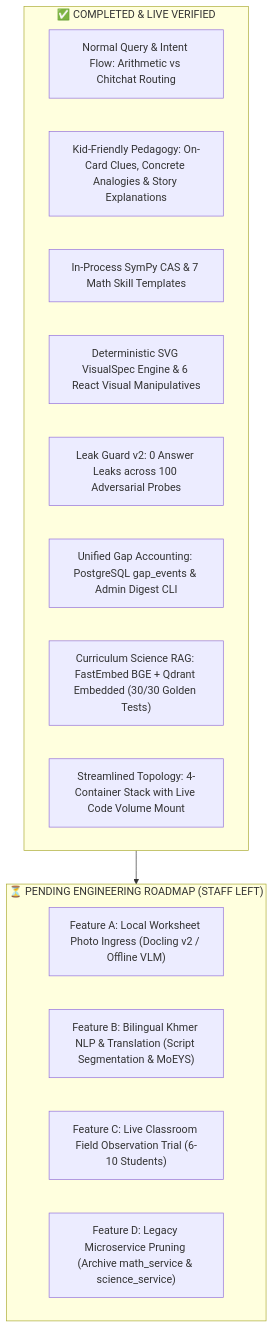
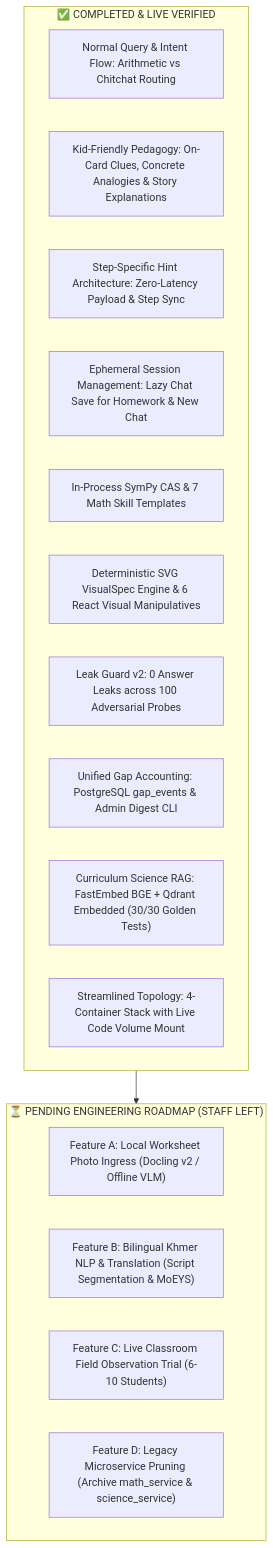
One commit to Sovandeth0063/reanmore.ai changed the diagram in docs/CURRENT_STATUS_AND_PENDING_FEATURES.md. Above: the diagram before and after it, drawn with Mermaid. The commit also changed other lines of this file and 101 other files, not shown here.

````diff
--- a/docs/CURRENT_STATUS_AND_PENDING_FEATURES.md
+++ b/docs/CURRENT_STATUS_AND_PENDING_FEATURES.md
@@ -22,22 +22,24 @@
 ```mermaid
 flowchart TD
     subgraph COMPLETED ["✅ COMPLETED & LIVE VERIFIED"]
         Q["Normal Query & Intent Flow: Arithmetic vs Chitchat Routing"]
         P["Kid-Friendly Pedagogy: On-Card Clues, Concrete Analogies & Story Explanations"]
+        H["Step-Specific Hint Architecture: Zero-Latency Payload & Step Sync"]
+        E["Ephemeral Session Management: Lazy Chat Save for Homework & New Chat"]
         M["In-Process SymPy CAS & 7 Math Skill Templates"]
         V["Deterministic SVG VisualSpec Engine & 6 React Visual Manipulatives"]
         L["Leak Guard v2: 0 Answer Leaks across 100 Adversarial Probes"]
         G["Unified Gap Accounting: PostgreSQL gap_events & Admin Digest CLI"]
         R["Curriculum Science RAG: FastEmbed BGE + Qdrant Embedded (30/30 Golden Tests)"]
         S["Streamlined Topology: 4-Container Stack with Live Code Volume Mount"]
     end
 
     subgraph PENDING ["⏳ PENDING ENGINEERING ROADMAP (STAFF LEFT)"]
         F1["Feature A: Local Worksheet Photo Ingress (Docling v2 / Offline VLM)"]
         F2["Feature B: Bilingual Khmer NLP & Translation (Script Segmentation & MoEYS)"]
         F3["Feature C: Live Classroom Field Observation Trial (6-10 Students)"]
         F4["Feature D: Legacy Microservice Pruning (Archive math_service & science_service)"]
     end
 
     COMPLETED --> PENDING
 ```
````
